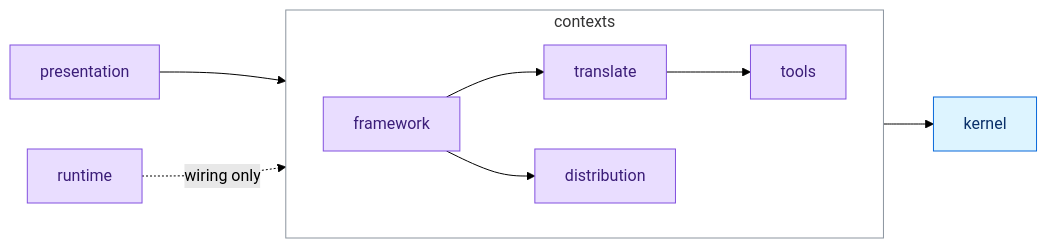
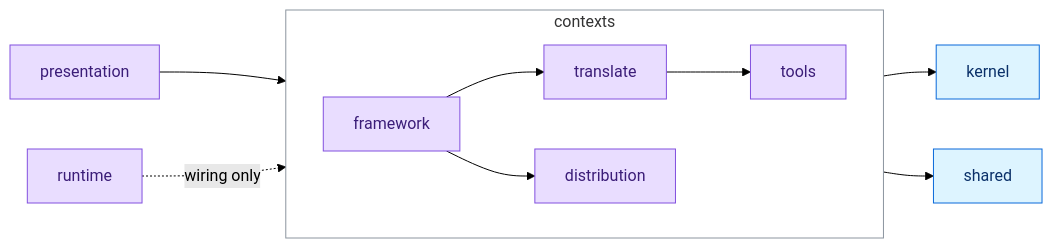
The diagram in cli/ARCHITECTURE.md (ai-driven-dev/framework), drawn with Mermaid (forest theme) before and after one commit. The commit also changed other lines of this file and 9 other files, not shown here.

````diff
--- a/cli/ARCHITECTURE.md
+++ b/cli/ARCHITECTURE.md
@@ -5,16 +5,17 @@
 ```mermaid
 flowchart LR
   presentation["presentation"] --> contexts
   runtime["runtime"] -.->|wiring only| contexts
   subgraph contexts["contexts"]
     direction LR
     framework["framework"] --> translate["translate"] --> tools["tools"]
     framework --> distribution["distribution"]
   end
   contexts --> kernel["kernel"]
+  contexts --> shared["shared"]
   classDef layer fill:#e9ddff,stroke:#8250df,color:#3b1d78
   classDef base fill:#ddf4ff,stroke:#0969da,color:#0a3069
   class presentation,runtime,framework,translate,tools,distribution layer
-  class kernel base
+  class kernel,shared base
   style contexts fill:none,stroke:#8c959f
 ```
````
